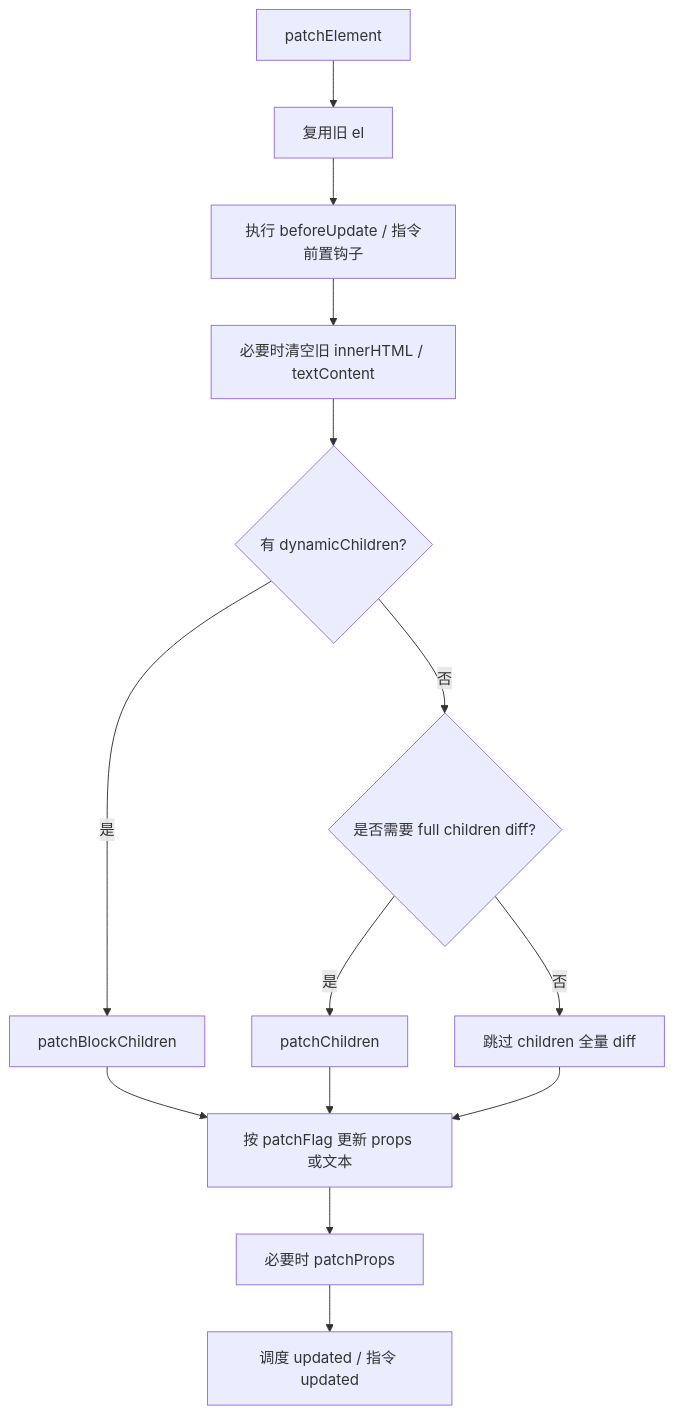
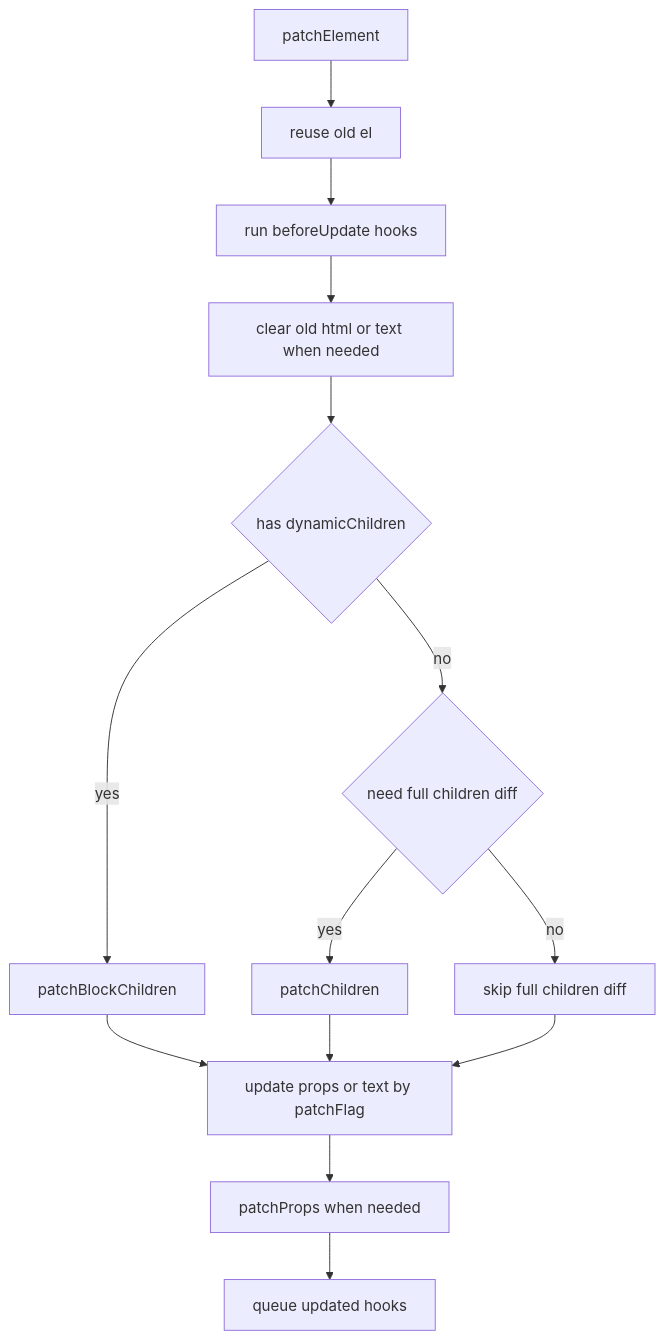
Before and after one commit to Tajigaqzh/front_basic: the second of 2 diagrams in docs/vue/source/runtime-core/element-update-source-walkthrough.md, drawn with Mermaid. The commit also changed other lines of this file and 11 other files, not shown here.

````diff
--- a/docs/vue/source/runtime-core/element-update-source-walkthrough.md
+++ b/docs/vue/source/runtime-core/element-update-source-walkthrough.md
@@ -370,16 +370,16 @@
 ```mermaid
 flowchart TD
-  A[patchElement] --> B[复用旧 el]
-  B --> C[执行 beforeUpdate / 指令前置钩子]
-  C --> D[必要时清空旧 innerHTML / textContent]
-  D --> E{有 dynamicChildren?}
-  E -- 是 --> F[patchBlockChildren]
-  E -- 否 --> G{是否需要 full children diff?}
-  G -- 是 --> H[patchChildren]
-  G -- 否 --> I[跳过 children 全量 diff]
-  F --> J[按 patchFlag 更新 props 或文本]
+  A["patchElement"] --> B["reuse old el"]
+  B --> C["run beforeUpdate hooks"]
+  C --> D["clear old html or text when needed"]
+  D --> E{"has dynamicChildren"}
+  E -- yes --> F["patchBlockChildren"]
+  E -- no --> G{"need full children diff"}
+  G -- yes --> H["patchChildren"]
+  G -- no --> I["skip full children diff"]
+  F --> J["update props or text by patchFlag"]
   H --> J
   I --> J
-  J --> K[必要时 patchProps]
-  K --> L[调度 updated / 指令 updated]
+  J --> K["patchProps when needed"]
+  K --> L["queue updated hooks"]
 ```
````
